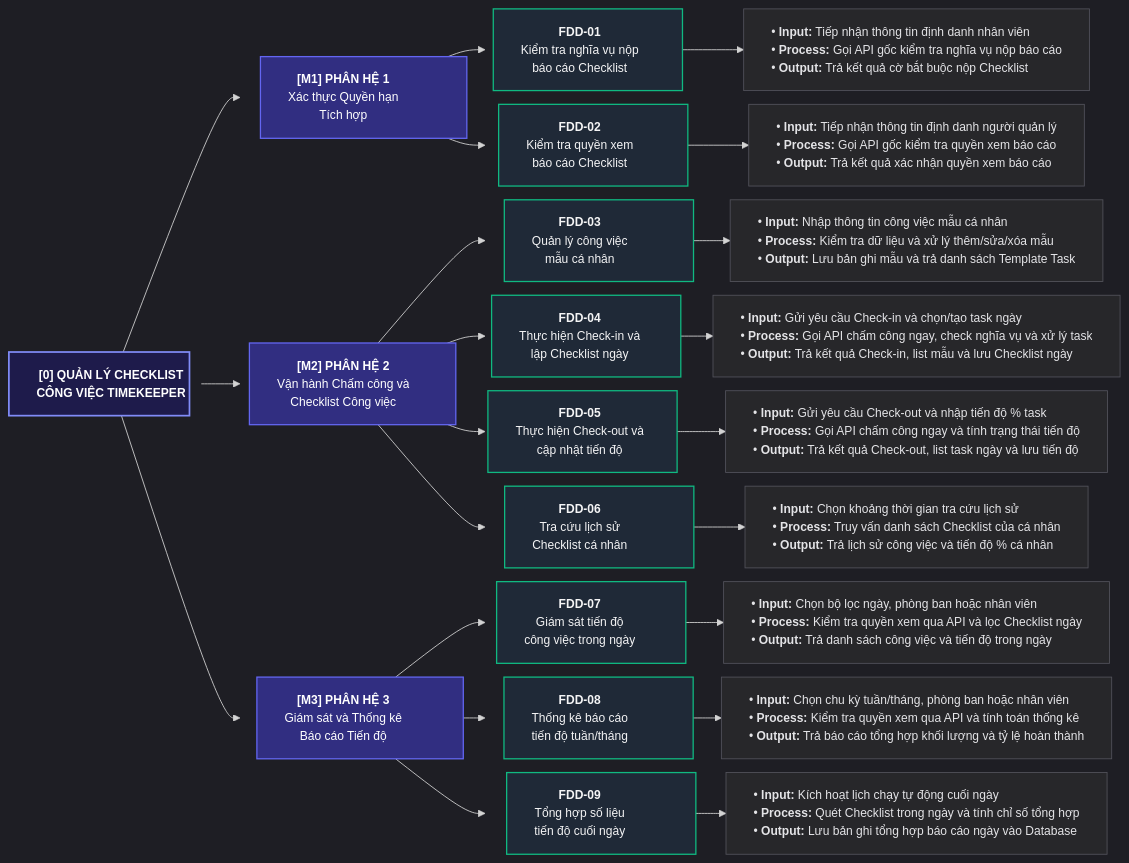
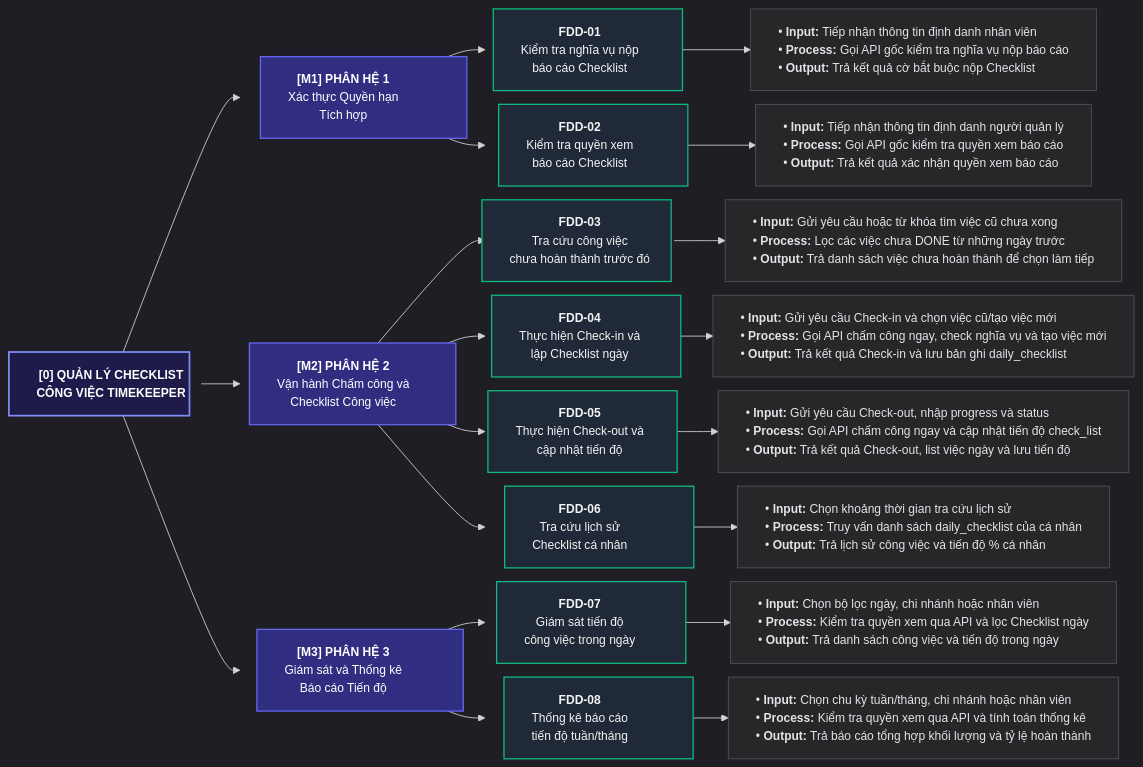
The diagram in md/analysis/4-fdd-and-rbac.md (hungnm3112/project-timekeeper), drawn with Mermaid before and after one commit. The commit also changed other lines of this file and 5 other files, not shown here.

````diff
--- a/md/analysis/4-fdd-and-rbac.md
+++ b/md/analysis/4-fdd-and-rbac.md
@@ -24,67 +24,64 @@
 ```mermaid
 %%{init: {
   'theme': 'dark',
   'themeVariables': { 'fontSize': '14px' },
   'flowchart': {
     'rankSpacing': 45,
     'nodeSpacing': 16,
     'padding': 16
   }
 }}%%
 flowchart LR
     %% Cấp 0: Root Node
     ROOT["<b>[0] QUẢN LÝ CHECKLIST<br/>CÔNG VIỆC TIMEKEEPER</b>"]
 
     %% Cấp 1: Các Phân hệ lớn (Động từ + Danh từ)
     M1["<b>[M1] PHÂN HỆ 1</b><br/>Xác thực Quyền hạn<br/>Tích hợp"]
     M2["<b>[M2] PHÂN HỆ 2</b><br/>Vận hành Chấm công và<br/>Checklist Công việc"]
     M3["<b>[M3] PHÂN HỆ 3</b><br/>Giám sát và Thống kê<br/>Báo cáo Tiến độ"]
 
     ROOT --> M1
     ROOT --> M2
     ROOT --> M3
 
     %% Cấp 2: Chức năng nghiệp vụ đơn nhiệm (Động từ + Danh từ)
     F01["<b>FDD-01</b><br/>Kiểm tra nghĩa vụ nộp<br/>báo cáo Checklist"]
     F02["<b>FDD-02</b><br/>Kiểm tra quyền xem<br/>báo cáo Checklist"]
     M1 --> F01
     M1 --> F02
 
-    F03["<b>FDD-03</b><br/>Quản lý công việc<br/>mẫu cá nhân"]
+    F03["<b>FDD-03</b><br/>Tra cứu công việc<br/>chưa hoàn thành trước đó"]
     F04["<b>FDD-04</b><br/>Thực hiện Check-in và<br/>lập Checklist ngày"]
     F05["<b>FDD-05</b><br/>Thực hiện Check-out và<br/>cập nhật tiến độ"]
     F06["<b>FDD-06</b><br/>Tra cứu lịch sử<br/>Checklist cá nhân"]
     M2 --> F03
     M2 --> F04
     M2 --> F05
     M2 --> F06
 
     F07["<b>FDD-07</b><br/>Giám sát tiến độ<br/>công việc trong ngày"]
     F08["<b>FDD-08</b><br/>Thống kê báo cáo<br/>tiến độ tuần/tháng"]
-    F09["<b>FDD-09</b><br/>Tổng hợp số liệu<br/>tiến độ cuối ngày"]
     M3 --> F07
     M3 --> F08
-    M3 --> F09
 
     %% Cấp 3: Tác vụ chi tiết - Nhịp IPO (Động từ + Danh từ)
     F01 --> IPO01["• <b>Input:</b> Tiếp nhận thông tin định danh nhân viên<br/>• <b>Process:</b> Gọi API gốc kiểm tra nghĩa vụ nộp báo cáo<br/>• <b>Output:</b> Trả kết quả cờ bắt buộc nộp Checklist"]
     F02 --> IPO02["• <b>Input:</b> Tiếp nhận thông tin định danh người quản lý<br/>• <b>Process:</b> Gọi API gốc kiểm tra quyền xem báo cáo<br/>• <b>Output:</b> Trả kết quả xác nhận quyền xem báo cáo"]
-    F03 --> IPO03["• <b>Input:</b> Nhập thông tin công việc mẫu cá nhân<br/>• <b>Process:</b> Kiểm tra dữ liệu và xử lý thêm/sửa/xóa mẫu<br/>• <b>Output:</b> Lưu bản ghi mẫu và trả danh sách Template Task"]
-    F04 --> IPO04["• <b>Input:</b> Gửi yêu cầu Check-in và chọn/tạo task ngày<br/>• <b>Process:</b> Gọi API chấm công ngay, check nghĩa vụ và xử lý task<br/>• <b>Output:</b> Trả kết quả Check-in, list mẫu và lưu Checklist ngày"]
-    F05 --> IPO05["• <b>Input:</b> Gửi yêu cầu Check-out và nhập tiến độ % task<br/>• <b>Process:</b> Gọi API chấm công ngay và tính trạng thái tiến độ<br/>• <b>Output:</b> Trả kết quả Check-out, list task ngày và lưu tiến độ"]
-    F06 --> IPO06["• <b>Input:</b> Chọn khoảng thời gian tra cứu lịch sử<br/>• <b>Process:</b> Truy vấn danh sách Checklist của cá nhân<br/>• <b>Output:</b> Trả lịch sử công việc và tiến độ % cá nhân"]
-    F07 --> IPO07["• <b>Input:</b> Chọn bộ lọc ngày, phòng ban hoặc nhân viên<br/>• <b>Process:</b> Kiểm tra quyền xem qua API và lọc Checklist ngày<br/>• <b>Output:</b> Trả danh sách công việc và tiến độ trong ngày"]
-    F08 --> IPO08["• <b>Input:</b> Chọn chu kỳ tuần/tháng, phòng ban hoặc nhân viên<br/>• <b>Process:</b> Kiểm tra quyền xem qua API và tính toán thống kê<br/>• <b>Output:</b> Trả báo cáo tổng hợp khối lượng và tỷ lệ hoàn thành"]
-    F09 --> IPO09["• <b>Input:</b> Kích hoạt lịch chạy tự động cuối ngày<br/>• <b>Process:</b> Quét Checklist trong ngày và tính chỉ số tổng hợp<br/>• <b>Output:</b> Lưu bản ghi tổng hợp báo cáo ngày vào Database"]
+    F03 --> IPO03["• <b>Input:</b> Gửi yêu cầu hoặc từ khóa tìm việc cũ chưa xong<br/>• <b>Process:</b> Lọc các việc chưa DONE từ những ngày trước<br/>• <b>Output:</b> Trả danh sách việc chưa hoàn thành để chọn làm tiếp"]
+    F04 --> IPO04["• <b>Input:</b> Gửi yêu cầu Check-in và chọn việc cũ/tạo việc mới<br/>• <b>Process:</b> Gọi API chấm công ngay, check nghĩa vụ và tạo việc mới<br/>• <b>Output:</b> Trả kết quả Check-in và lưu bản ghi daily_checklist"]
+    F05 --> IPO05["• <b>Input:</b> Gửi yêu cầu Check-out, nhập progress và status<br/>• <b>Process:</b> Gọi API chấm công ngay và cập nhật tiến độ check_list<br/>• <b>Output:</b> Trả kết quả Check-out, list việc ngày và lưu tiến độ"]
+    F06 --> IPO06["• <b>Input:</b> Chọn khoảng thời gian tra cứu lịch sử<br/>• <b>Process:</b> Truy vấn danh sách daily_checklist của cá nhân<br/>• <b>Output:</b> Trả lịch sử công việc và tiến độ % cá nhân"]
+    F07 --> IPO07["• <b>Input:</b> Chọn bộ lọc ngày, chi nhánh hoặc nhân viên<br/>• <b>Process:</b> Kiểm tra quyền xem qua API và lọc Checklist ngày<br/>• <b>Output:</b> Trả danh sách công việc và tiến độ trong ngày"]
+    F08 --> IPO08["• <b>Input:</b> Chọn chu kỳ tuần/tháng, chi nhánh hoặc nhân viên<br/>• <b>Process:</b> Kiểm tra quyền xem qua API và tính toán thống kê<br/>• <b>Output:</b> Trả báo cáo tổng hợp khối lượng và tỷ lệ hoàn thành"]
 
     %% Cố định kích thước khung và độ rộng 4 cột
     classDef rootNode fill:#1e1b4b,stroke:#818cf8,stroke-width:2px,color:#ffffff,width:210px;
     classDef moduleNode fill:#312e81,stroke:#6366f1,stroke-width:1.5px,color:#ffffff,width:240px;
     classDef funcNode fill:#1f2937,stroke:#10b981,stroke-width:1.5px,color:#f4f4f5,width:220px;
     classDef ipoNode fill:#27272a,stroke:#52525b,stroke-width:1px,color:#e4e4e7,text-align:left,white-space:nowrap;
 
     class ROOT rootNode;
     class M1,M2,M3 moduleNode;
-    class F01,F02,F03,F04,F05,F06,F07,F08,F09 funcNode;
-    class IPO01,IPO02,IPO03,IPO04,IPO05,IPO06,IPO07,IPO08,IPO09 ipoNode;
+    class F01,F02,F03,F04,F05,F06,F07,F08 funcNode;
+    class IPO01,IPO02,IPO03,IPO04,IPO05,IPO06,IPO07,IPO08 ipoNode;
 ```
````
